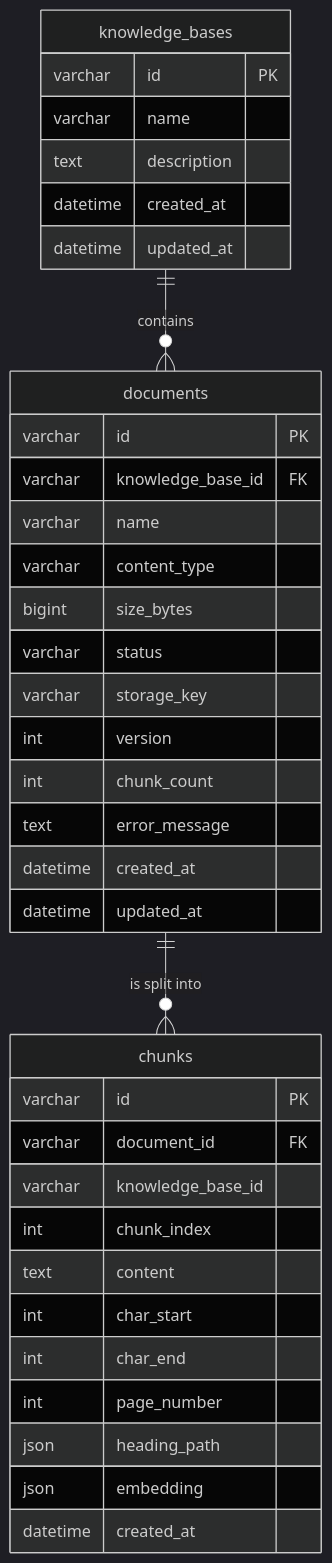
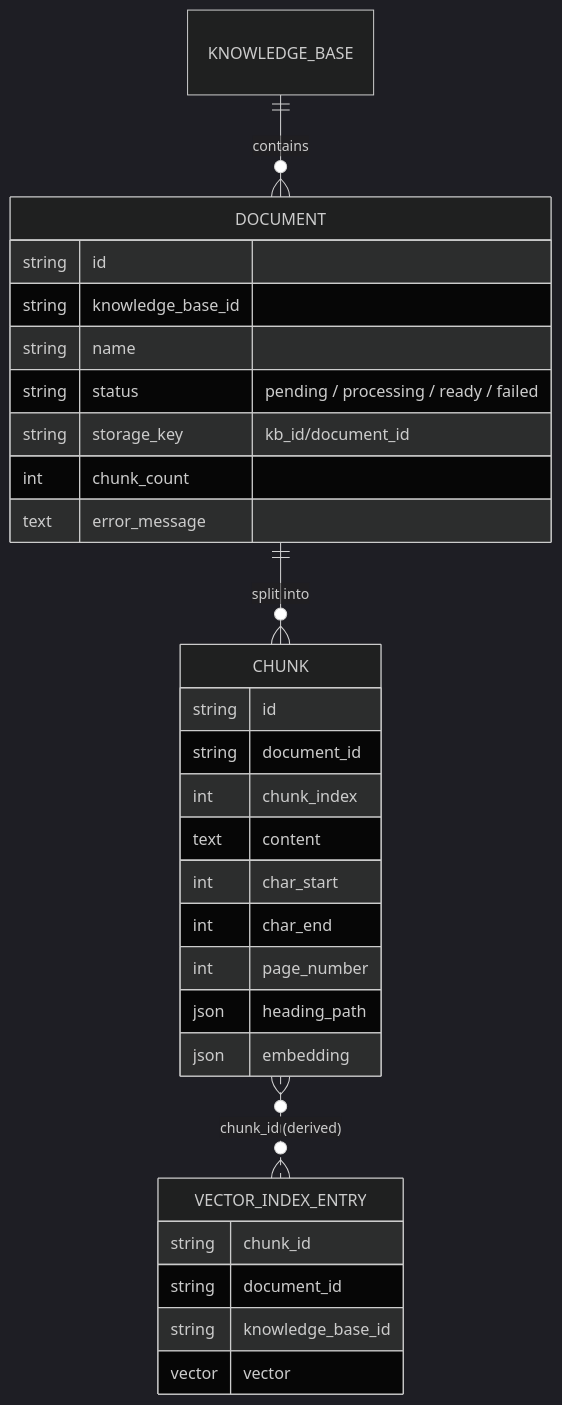
One commit to Toy-Chang/Aws-Enterprise-Rag-Platform changed the fourth of 7 diagrams in README.md. Above: the diagram before and after it, drawn with Mermaid (dark theme). The commit also changed other lines of this file, not shown here.

````diff
--- a/README.md
+++ b/README.md
@@ -201,42 +319,33 @@
 ```mermaid
 erDiagram
-    knowledge_bases ||--o{ documents : contains
-    documents ||--o{ chunks : "is split into"
+    KNOWLEDGE_BASE ||--o{ DOCUMENT : contains
+    DOCUMENT ||--o{ CHUNK : "split into"
+    CHUNK }o..o{ VECTOR_INDEX_ENTRY : "chunk_id (derived)"
 
-    knowledge_bases {
-        varchar id PK
-        varchar name
-        text description
-        datetime created_at
-        datetime updated_at
-    }
-
-    documents {
-        varchar id PK
-        varchar knowledge_base_id FK
-        varchar name
-        varchar content_type
-        bigint size_bytes
-        varchar status
-        varchar storage_key
-        int version
+    DOCUMENT {
+        string id
+        string knowledge_base_id
+        string name
+        string status "pending / processing / ready / failed"
+        string storage_key "kb_id/document_id"
         int chunk_count
         text error_message
-        datetime created_at
-        datetime updated_at
     }
-
-    chunks {
-        varchar id PK
-        varchar document_id FK
-        varchar knowledge_base_id
+    CHUNK {
+        string id
+        string document_id
         int chunk_index
         text content
         int char_start
         int char_end
         int page_number
         json heading_path
         json embedding
-        datetime created_at
+    }
+    VECTOR_INDEX_ENTRY {
+        string chunk_id
+        string document_id
+        string knowledge_base_id
+        vector vector
     }
 ```
````
